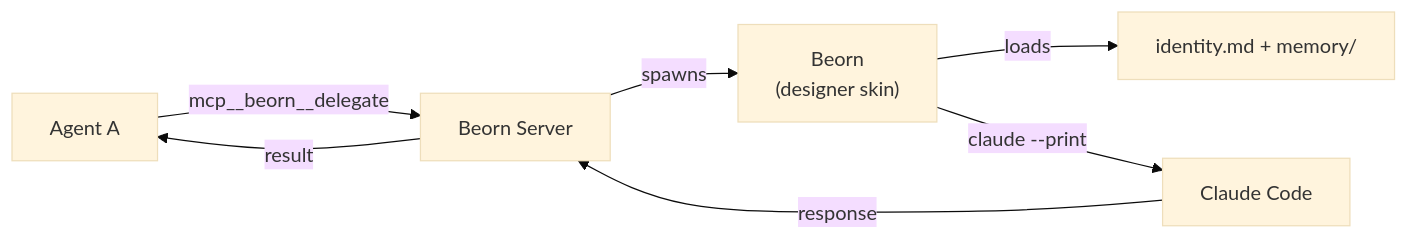
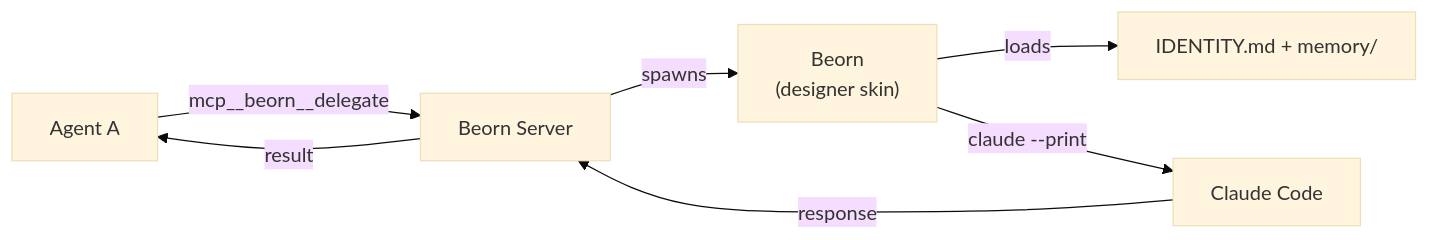
One commit to Kord96/kordinate changed the diagram in docs/agents/beorn.md. Above: the diagram before and after it, drawn with Mermaid (base theme). The commit also changed other lines of this file and 23 other files, not shown here.

````diff
--- a/docs/agents/beorn.md
+++ b/docs/agents/beorn.md
@@ -9,9 +9,9 @@
 ```mermaid
 flowchart LR
     A1[Agent A] -->|mcp__beorn__delegate| BS[Beorn Server]
     BS -->|spawns| B["Beorn\n(designer skin)"]
-    B -->|loads| I["identity.md + memory/"]
+    B -->|loads| I["IDENTITY.md + memory/"]
     B -->|claude --print| C[Claude Code]
     C -->|response| BS
     BS -->|result| A1
 ```
````
